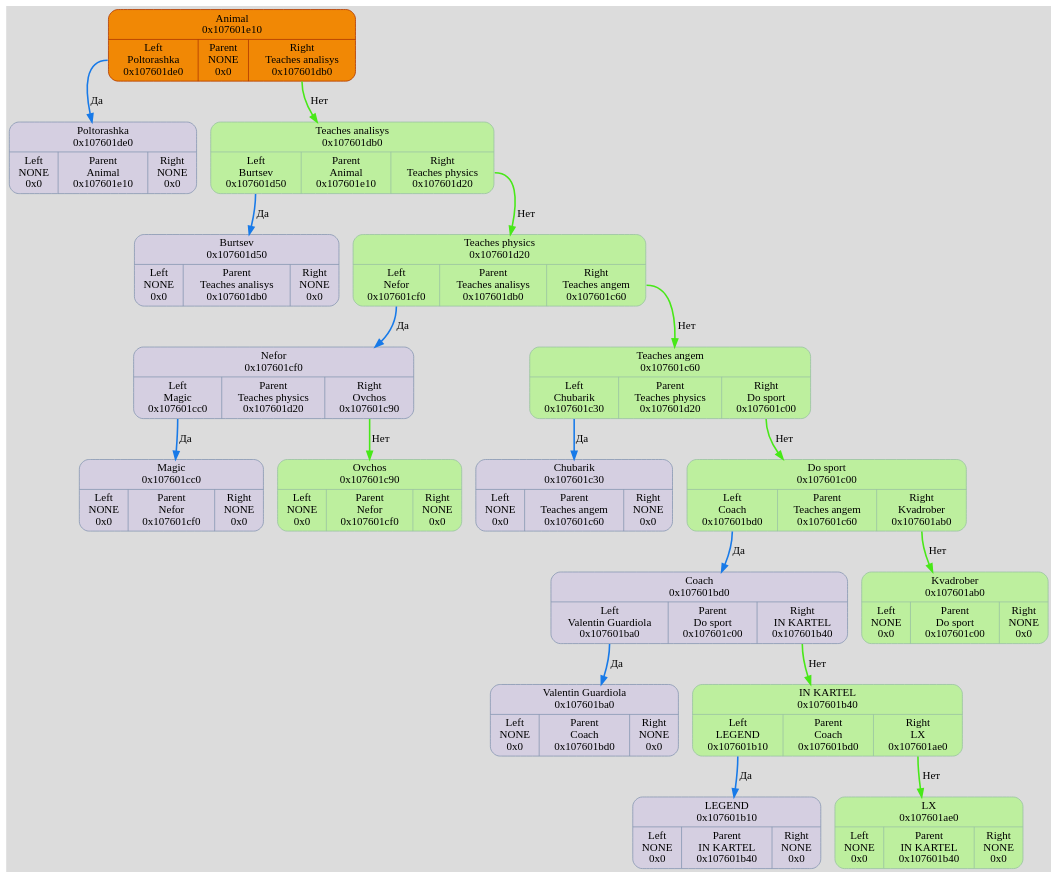
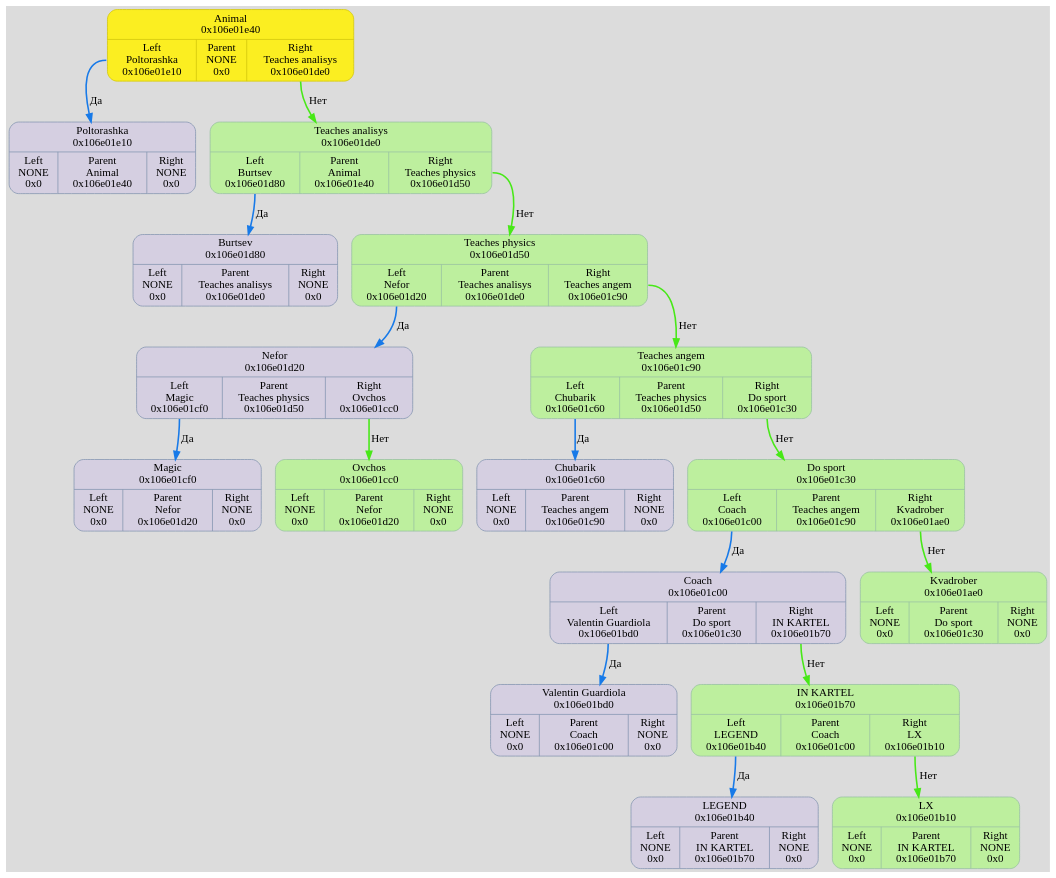
Before and after one commit to TolikRogov/Akinator: the diagram in dump/graph.dot, drawn with Graphviz. The commit also changed 33 other files, not shown here.

```diff
--- a/dump/graph.dot
+++ b/dump/graph.dot
@@ -2,62 +2,45 @@
 	fontname = "UbuntuMono";
 	bgcolor = "#DCDCDC";
 
-	node0x107601e10 [ shape = Mrecord; style = filled; fillcolor = "#FBEE21"; color = "#D3C70D"; fontcolor = "#000000";label = " { Animal\n0x107601e10 | { <left> Left\nPoltorashka\n0x107601de0 | Parent\nNONE\n0x0 | <right> Right\nTeaches analisys\n0x107601db0 } } ";  ];
-	node0x107601e10:<left> -> node0x107601de0 [ style = "bold"; color = "#187AE8"; label = "Да"; ];
-	node0x107601de0 [ shape = Mrecord; style = filled; fillcolor = "#D5CFE1"; color = "#8797b2"; fontcolor = "#000000";label = " { Poltorashka\n0x107601de0 | { <left> Left\nNONE\n0x0 | Parent\nAnimal\n0x107601e10 | <right> Right\nNONE\n0x0 } } ";  ];
-	node0x107601e10 [ fillcolor = "#F18805"; color = "#AF3800"; fontcolor = "#000000"; ];
-	node0x107601db0 [ shape = Mrecord; style = filled; fillcolor = "#D5CFE1"; color = "#8797b2"; fontcolor = "#000000";label = " { Teaches analisys\n0x107601db0 | { <left> Left\nBurtsev\n0x107601d50 | Parent\nAnimal\n0x107601e10 | <right> Right\nTeaches physics\n0x107601d20 } } ";  ];
-	node0x107601db0:<left> -> node0x107601d50 [ style = "bold"; color = "#187AE8"; label = "Да"; ];
-	node0x107601d50 [ shape = Mrecord; style = filled; fillcolor = "#D5CFE1"; color = "#8797b2"; fontcolor = "#000000";label = " { Burtsev\n0x107601d50 | { <left> Left\nNONE\n0x0 | Parent\nTeaches analisys\n0x107601db0 | <right> Right\nNONE\n0x0 } } ";  ];
-	node0x107601e10 [ fillcolor = "#F18805"; color = "#AF3800"; fontcolor = "#000000"; ];
-	node0x107601d20 [ shape = Mrecord; style = filled; fillcolor = "#D5CFE1"; color = "#8797b2"; fontcolor = "#000000";label = " { Teaches physics\n0x107601d20 | { <left> Left\nNefor\n0x107601cf0 | Parent\nTeaches analisys\n0x107601db0 | <right> Right\nTeaches angem\n0x107601c60 } } ";  ];
-	node0x107601d20:<left> -> node0x107601cf0 [ style = "bold"; color = "#187AE8"; label = "Да"; ];
-	node0x107601cf0 [ shape = Mrecord; style = filled; fillcolor = "#D5CFE1"; color = "#8797b2"; fontcolor = "#000000";label = " { Nefor\n0x107601cf0 | { <left> Left\nMagic\n0x107601cc0 | Parent\nTeaches physics\n0x107601d20 | <right> Right\nOvchos\n0x107601c90 } } ";  ];
-	node0x107601cf0:<left> -> node0x107601cc0 [ style = "bold"; color = "#187AE8"; label = "Да"; ];
-	node0x107601cc0 [ shape = Mrecord; style = filled; fillcolor = "#D5CFE1"; color = "#8797b2"; fontcolor = "#000000";label = " { Magic\n0x107601cc0 | { <left> Left\nNONE\n0x0 | Parent\nNefor\n0x107601cf0 | <right> Right\nNONE\n0x0 } } ";  ];
-	node0x107601e10 [ fillcolor = "#F18805"; color = "#AF3800"; fontcolor = "#000000"; ];
-	node0x107601c90 [ shape = Mrecord; style = filled; fillcolor = "#D5CFE1"; color = "#8797b2"; fontcolor = "#000000";label = " { Ovchos\n0x107601c90 | { <left> Left\nNONE\n0x0 | Parent\nNefor\n0x107601cf0 | <right> Right\nNONE\n0x0 } } ";  ];
-	node0x107601e10 [ fillcolor = "#F18805"; color = "#AF3800"; fontcolor = "#000000"; ];
-	node0x107601cf0:<right> -> node0x107601c90 [ style = "bold"; color = "#48E818"; label = "Нет"; ];
-	node0x107601c90 [ fillcolor = "#BDEF9E"; color = "#99c2a2"; fontcolor = "#000000"; ];
-	node0x107601e10 [ fillcolor = "#F18805"; color = "#AF3800"; fontcolor = "#000000"; ];
-	node0x107601c60 [ shape = Mrecord; style = filled; fillcolor = "#D5CFE1"; color = "#8797b2"; fontcolor = "#000000";label = " { Teaches angem\n0x107601c60 | { <left> Left\nChubarik\n0x107601c30 | Parent\nTeaches physics\n0x107601d20 | <right> Right\nDo sport\n0x107601c00 } } ";  ];
-	node0x107601c60:<left> -> node0x107601c30 [ style = "bold"; color = "#187AE8"; label = "Да"; ];
-	node0x107601c30 [ shape = Mrecord; style = filled; fillcolor = "#D5CFE1"; color = "#8797b2"; fontcolor = "#000000";label = " { Chubarik\n0x107601c30 | { <left> Left\nNONE\n0x0 | Parent\nTeaches angem\n0x107601c60 | <right> Right\nNONE\n0x0 } } ";  ];
-	node0x107601e10 [ fillcolor = "#F18805"; color = "#AF3800"; fontcolor = "#000000"; ];
-	node0x107601c00 [ shape = Mrecord; style = filled; fillcolor = "#D5CFE1"; color = "#8797b2"; fontcolor = "#000000";label = " { Do sport\n0x107601c00 | { <left> Left\nCoach\n0x107601bd0 | Parent\nTeaches angem\n0x107601c60 | <right> Right\nKvadrober\n0x107601ab0 } } ";  ];
-	node0x107601c00:<left> -> node0x107601bd0 [ style = "bold"; color = "#187AE8"; label = "Да"; ];
-	node0x107601bd0 [ shape = Mrecord; style = filled; fillcolor = "#D5CFE1"; color = "#8797b2"; fontcolor = "#000000";label = " { Coach\n0x107601bd0 | { <left> Left\nValentin Guardiola\n0x107601ba0 | Parent\nDo sport\n0x107601c00 | <right> Right\nIN KARTEL\n0x107601b40 } } ";  ];
-	node0x107601bd0:<left> -> node0x107601ba0 [ style = "bold"; color = "#187AE8"; label = "Да"; ];
-	node0x107601ba0 [ shape = Mrecord; style = filled; fillcolor = "#D5CFE1"; color = "#8797b2"; fontcolor = "#000000";label = " { Valentin Guardiola\n0x107601ba0 | { <left> Left\nNONE\n0x0 | Parent\nCoach\n0x107601bd0 | <right> Right\nNONE\n0x0 } } ";  ];
-	node0x107601e10 [ fillcolor = "#F18805"; color = "#AF3800"; fontcolor = "#000000"; ];
-	node0x107601b40 [ shape = Mrecord; style = filled; fillcolor = "#D5CFE1"; color = "#8797b2"; fontcolor = "#000000";label = " { IN KARTEL\n0x107601b40 | { <left> Left\nLEGEND\n0x107601b10 | Parent\nCoach\n0x107601bd0 | <right> Right\nLX\n0x107601ae0 } } ";  ];
-	node0x107601b40:<left> -> node0x107601b10 [ style = "bold"; color = "#187AE8"; label = "Да"; ];
-	node0x107601b10 [ shape = Mrecord; style = filled; fillcolor = "#D5CFE1"; color = "#8797b2"; fontcolor = "#000000";label = " { LEGEND\n0x107601b10 | { <left> Left\nNONE\n0x0 | Parent\nIN KARTEL\n0x107601b40 | <right> Right\nNONE\n0x0 } } ";  ];
-	node0x107601e10 [ fillcolor = "#F18805"; color = "#AF3800"; fontcolor = "#000000"; ];
-	node0x107601ae0 [ shape = Mrecord; style = filled; fillcolor = "#D5CFE1"; color = "#8797b2"; fontcolor = "#000000";label = " { LX\n0x107601ae0 | { <left> Left\nNONE\n0x0 | Parent\nIN KARTEL\n0x107601b40 | <right> Right\nNONE\n0x0 } } ";  ];
-	node0x107601e10 [ fillcolor = "#F18805"; color = "#AF3800"; fontcolor = "#000000"; ];
-	node0x107601b40:<right> -> node0x107601ae0 [ style = "bold"; color = "#48E818"; label = "Нет"; ];
-	node0x107601ae0 [ fillcolor = "#BDEF9E"; color = "#99c2a2"; fontcolor = "#000000"; ];
-	node0x107601e10 [ fillcolor = "#F18805"; color = "#AF3800"; fontcolor = "#000000"; ];
-	node0x107601bd0:<right> -> node0x107601b40 [ style = "bold"; color = "#48E818"; label = "Нет"; ];
-	node0x107601b40 [ fillcolor = "#BDEF9E"; color = "#99c2a2"; fontcolor = "#000000"; ];
-	node0x107601e10 [ fillcolor = "#F18805"; color = "#AF3800"; fontcolor = "#000000"; ];
-	node0x107601ab0 [ shape = Mrecord; style = filled; fillcolor = "#D5CFE1"; color = "#8797b2"; fontcolor = "#000000";label = " { Kvadrober\n0x107601ab0 | { <left> Left\nNONE\n0x0 | Parent\nDo sport\n0x107601c00 | <right> Right\nNONE\n0x0 } } ";  ];
-	node0x107601e10 [ fillcolor = "#F18805"; color = "#AF3800"; fontcolor = "#000000"; ];
-	node0x107601c00:<right> -> node0x107601ab0 [ style = "bold"; color = "#48E818"; label = "Нет"; ];
-	node0x107601ab0 [ fillcolor = "#BDEF9E"; color = "#99c2a2"; fontcolor = "#000000"; ];
-	node0x107601e10 [ fillcolor = "#F18805"; color = "#AF3800"; fontcolor = "#000000"; ];
-	node0x107601c60:<right> -> node0x107601c00 [ style = "bold"; color = "#48E818"; label = "Нет"; ];
-	node0x107601c00 [ fillcolor = "#BDEF9E"; color = "#99c2a2"; fontcolor = "#000000"; ];
-	node0x107601e10 [ fillcolor = "#F18805"; color = "#AF3800"; fontcolor = "#000000"; ];
-	node0x107601d20:<right> -> node0x107601c60 [ style = "bold"; color = "#48E818"; label = "Нет"; ];
-	node0x107601c60 [ fillcolor = "#BDEF9E"; color = "#99c2a2"; fontcolor = "#000000"; ];
-	node0x107601e10 [ fillcolor = "#F18805"; color = "#AF3800"; fontcolor = "#000000"; ];
-	node0x107601db0:<right> -> node0x107601d20 [ style = "bold"; color = "#48E818"; label = "Нет"; ];
-	node0x107601d20 [ fillcolor = "#BDEF9E"; color = "#99c2a2"; fontcolor = "#000000"; ];
-	node0x107601e10 [ fillcolor = "#F18805"; color = "#AF3800"; fontcolor = "#000000"; ];
-	node0x107601e10:<right> -> node0x107601db0 [ style = "bold"; color = "#48E818"; label = "Нет"; ];
-	node0x107601db0 [ fillcolor = "#BDEF9E"; color = "#99c2a2"; fontcolor = "#000000"; ];
-	node0x107601e10 [ fillcolor = "#F18805"; color = "#AF3800"; fontcolor = "#000000"; ];
+	node0x106e01e40 [ shape = Mrecord; style = filled; fillcolor = "#FBEE21"; color = "#D3C70D"; fontcolor = "#000000";label = " { Animal\n0x106e01e40 | { <left> Left\nPoltorashka\n0x106e01e10 | Parent\nNONE\n0x0 | <right> Right\nTeaches analisys\n0x106e01de0 } } ";  ];
+	node0x106e01e40:<left> -> node0x106e01e10 [ style = "bold"; color = "#187AE8"; label = "Да"; ];
+	node0x106e01e10 [ shape = Mrecord; style = filled; fillcolor = "#D5CFE1"; color = "#8797b2"; fontcolor = "#000000";label = " { Poltorashka\n0x106e01e10 | { <left> Left\nNONE\n0x0 | Parent\nAnimal\n0x106e01e40 | <right> Right\nNONE\n0x0 } } ";  ];
+	node0x106e01de0 [ shape = Mrecord; style = filled; fillcolor = "#D5CFE1"; color = "#8797b2"; fontcolor = "#000000";label = " { Teaches analisys\n0x106e01de0 | { <left> Left\nBurtsev\n0x106e01d80 | Parent\nAnimal\n0x106e01e40 | <right> Right\nTeaches physics\n0x106e01d50 } } ";  ];
+	node0x106e01de0:<left> -> node0x106e01d80 [ style = "bold"; color = "#187AE8"; label = "Да"; ];
+	node0x106e01d80 [ shape = Mrecord; style = filled; fillcolor = "#D5CFE1"; color = "#8797b2"; fontcolor = "#000000";label = " { Burtsev\n0x106e01d80 | { <left> Left\nNONE\n0x0 | Parent\nTeaches analisys\n0x106e01de0 | <right> Right\nNONE\n0x0 } } ";  ];
+	node0x106e01d50 [ shape = Mrecord; style = filled; fillcolor = "#D5CFE1"; color = "#8797b2"; fontcolor = "#000000";label = " { Teaches physics\n0x106e01d50 | { <left> Left\nNefor\n0x106e01d20 | Parent\nTeaches analisys\n0x106e01de0 | <right> Right\nTeaches angem\n0x106e01c90 } } ";  ];
+	node0x106e01d50:<left> -> node0x106e01d20 [ style = "bold"; color = "#187AE8"; label = "Да"; ];
+	node0x106e01d20 [ shape = Mrecord; style = filled; fillcolor = "#D5CFE1"; color = "#8797b2"; fontcolor = "#000000";label = " { Nefor\n0x106e01d20 | { <left> Left\nMagic\n0x106e01cf0 | Parent\nTeaches physics\n0x106e01d50 | <right> Right\nOvchos\n0x106e01cc0 } } ";  ];
+	node0x106e01d20:<left> -> node0x106e01cf0 [ style = "bold"; color = "#187AE8"; label = "Да"; ];
+	node0x106e01cf0 [ shape = Mrecord; style = filled; fillcolor = "#D5CFE1"; color = "#8797b2"; fontcolor = "#000000";label = " { Magic\n0x106e01cf0 | { <left> Left\nNONE\n0x0 | Parent\nNefor\n0x106e01d20 | <right> Right\nNONE\n0x0 } } ";  ];
+	node0x106e01cc0 [ shape = Mrecord; style = filled; fillcolor = "#D5CFE1"; color = "#8797b2"; fontcolor = "#000000";label = " { Ovchos\n0x106e01cc0 | { <left> Left\nNONE\n0x0 | Parent\nNefor\n0x106e01d20 | <right> Right\nNONE\n0x0 } } ";  ];
+	node0x106e01d20:<right> -> node0x106e01cc0 [ style = "bold"; color = "#48E818"; label = "Нет"; ];
+	node0x106e01cc0 [ fillcolor = "#BDEF9E"; color = "#99c2a2"; fontcolor = "#000000"; ];
+	node0x106e01c90 [ shape = Mrecord; style = filled; fillcolor = "#D5CFE1"; color = "#8797b2"; fontcolor = "#000000";label = " { Teaches angem\n0x106e01c90 | { <left> Left\nChubarik\n0x106e01c60 | Parent\nTeaches physics\n0x106e01d50 | <right> Right\nDo sport\n0x106e01c30 } } ";  ];
+	node0x106e01c90:<left> -> node0x106e01c60 [ style = "bold"; color = "#187AE8"; label = "Да"; ];
+	node0x106e01c60 [ shape = Mrecord; style = filled; fillcolor = "#D5CFE1"; color = "#8797b2"; fontcolor = "#000000";label = " { Chubarik\n0x106e01c60 | { <left> Left\nNONE\n0x0 | Parent\nTeaches angem\n0x106e01c90 | <right> Right\nNONE\n0x0 } } ";  ];
+	node0x106e01c30 [ shape = Mrecord; style = filled; fillcolor = "#D5CFE1"; color = "#8797b2"; fontcolor = "#000000";label = " { Do sport\n0x106e01c30 | { <left> Left\nCoach\n0x106e01c00 | Parent\nTeaches angem\n0x106e01c90 | <right> Right\nKvadrober\n0x106e01ae0 } } ";  ];
+	node0x106e01c30:<left> -> node0x106e01c00 [ style = "bold"; color = "#187AE8"; label = "Да"; ];
+	node0x106e01c00 [ shape = Mrecord; style = filled; fillcolor = "#D5CFE1"; color = "#8797b2"; fontcolor = "#000000";label = " { Coach\n0x106e01c00 | { <left> Left\nValentin Guardiola\n0x106e01bd0 | Parent\nDo sport\n0x106e01c30 | <right> Right\nIN KARTEL\n0x106e01b70 } } ";  ];
+	node0x106e01c00:<left> -> node0x106e01bd0 [ style = "bold"; color = "#187AE8"; label = "Да"; ];
+	node0x106e01bd0 [ shape = Mrecord; style = filled; fillcolor = "#D5CFE1"; color = "#8797b2"; fontcolor = "#000000";label = " { Valentin Guardiola\n0x106e01bd0 | { <left> Left\nNONE\n0x0 | Parent\nCoach\n0x106e01c00 | <right> Right\nNONE\n0x0 } } ";  ];
+	node0x106e01b70 [ shape = Mrecord; style = filled; fillcolor = "#D5CFE1"; color = "#8797b2"; fontcolor = "#000000";label = " { IN KARTEL\n0x106e01b70 | { <left> Left\nLEGEND\n0x106e01b40 | Parent\nCoach\n0x106e01c00 | <right> Right\nLX\n0x106e01b10 } } ";  ];
+	node0x106e01b70:<left> -> node0x106e01b40 [ style = "bold"; color = "#187AE8"; label = "Да"; ];
+	node0x106e01b40 [ shape = Mrecord; style = filled; fillcolor = "#D5CFE1"; color = "#8797b2"; fontcolor = "#000000";label = " { LEGEND\n0x106e01b40 | { <left> Left\nNONE\n0x0 | Parent\nIN KARTEL\n0x106e01b70 | <right> Right\nNONE\n0x0 } } ";  ];
+	node0x106e01b10 [ shape = Mrecord; style = filled; fillcolor = "#D5CFE1"; color = "#8797b2"; fontcolor = "#000000";label = " { LX\n0x106e01b10 | { <left> Left\nNONE\n0x0 | Parent\nIN KARTEL\n0x106e01b70 | <right> Right\nNONE\n0x0 } } ";  ];
+	node0x106e01b70:<right> -> node0x106e01b10 [ style = "bold"; color = "#48E818"; label = "Нет"; ];
+	node0x106e01b10 [ fillcolor = "#BDEF9E"; color = "#99c2a2"; fontcolor = "#000000"; ];
+	node0x106e01c00:<right> -> node0x106e01b70 [ style = "bold"; color = "#48E818"; label = "Нет"; ];
+	node0x106e01b70 [ fillcolor = "#BDEF9E"; color = "#99c2a2"; fontcolor = "#000000"; ];
+	node0x106e01ae0 [ shape = Mrecord; style = filled; fillcolor = "#D5CFE1"; color = "#8797b2"; fontcolor = "#000000";label = " { Kvadrober\n0x106e01ae0 | { <left> Left\nNONE\n0x0 | Parent\nDo sport\n0x106e01c30 | <right> Right\nNONE\n0x0 } } ";  ];
+	node0x106e01c30:<right> -> node0x106e01ae0 [ style = "bold"; color = "#48E818"; label = "Нет"; ];
+	node0x106e01ae0 [ fillcolor = "#BDEF9E"; color = "#99c2a2"; fontcolor = "#000000"; ];
+	node0x106e01c90:<right> -> node0x106e01c30 [ style = "bold"; color = "#48E818"; label = "Нет"; ];
+	node0x106e01c30 [ fillcolor = "#BDEF9E"; color = "#99c2a2"; fontcolor = "#000000"; ];
+	node0x106e01d50:<right> -> node0x106e01c90 [ style = "bold"; color = "#48E818"; label = "Нет"; ];
+	node0x106e01c90 [ fillcolor = "#BDEF9E"; color = "#99c2a2"; fontcolor = "#000000"; ];
+	node0x106e01de0:<right> -> node0x106e01d50 [ style = "bold"; color = "#48E818"; label = "Нет"; ];
+	node0x106e01d50 [ fillcolor = "#BDEF9E"; color = "#99c2a2"; fontcolor = "#000000"; ];
+	node0x106e01e40:<right> -> node0x106e01de0 [ style = "bold"; color = "#48E818"; label = "Нет"; ];
+	node0x106e01de0 [ fillcolor = "#BDEF9E"; color = "#99c2a2"; fontcolor = "#000000"; ];
 }
```
